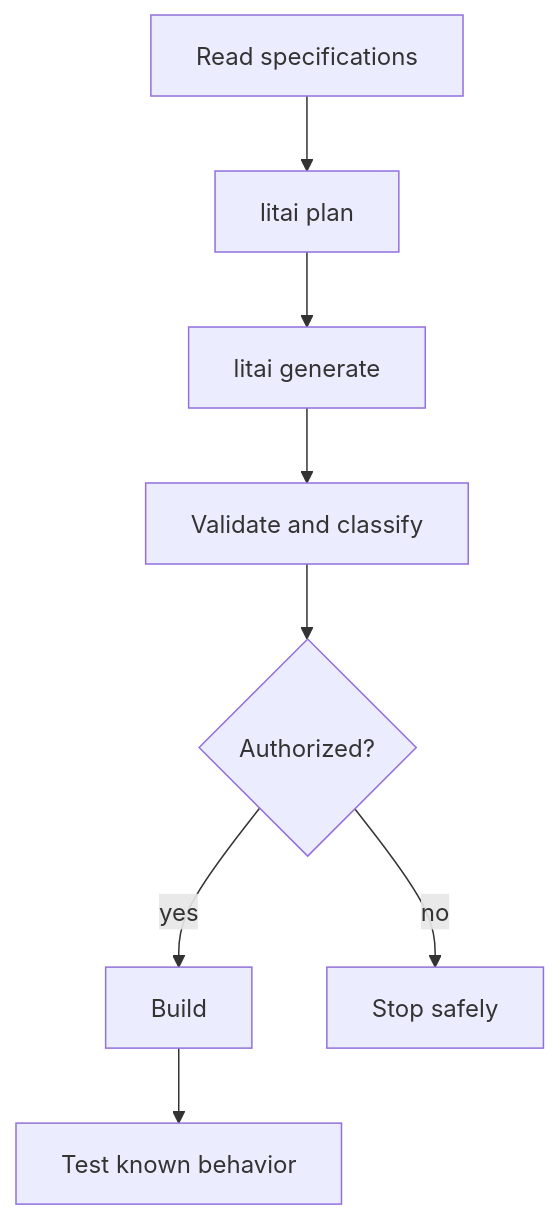
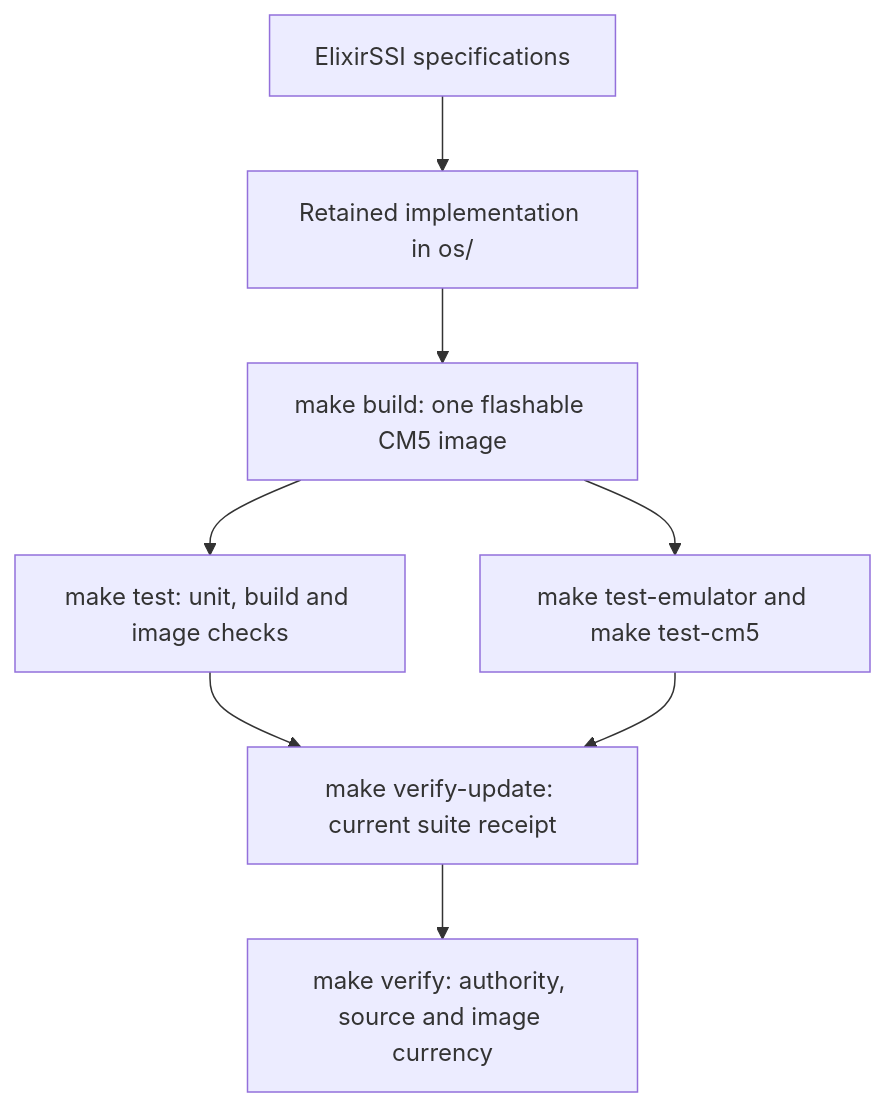
Before and after one commit to jordanhubbard/ElixirSSI: the diagram in docs/user/framework-flow.md, drawn with Mermaid. The commit also changed other lines of this file and 31 other files, not shown here.

Commit message:
Build and run the CM5 image through Docker with current verification

````diff
--- a/docs/user/framework-flow.md
+++ b/docs/user/framework-flow.md
@@ -11,10 +10,10 @@
 ```mermaid
 flowchart TD
-    Read[Read specifications] --> Plan[litai plan]
-    Plan --> Generate[litai generate]
-    Generate --> Validate[Validate and classify]
-    Validate --> Authorize{Authorized?}
-    Authorize -- yes --> Build[Build]
-    Build --> Test[Test known behavior]
-    Authorize -- no --> Stop[Stop safely]
+    Spec[ElixirSSI specifications] --> Source[Retained implementation in os/]
+    Source --> Build[make build: one flashable CM5 image]
+    Build --> Test[make test: unit, build and image checks]
+    Build --> Emulator[make test-emulator and make test-cm5]
+    Test --> Receipt[make verify-update: current suite receipt]
+    Emulator --> Receipt
+    Receipt --> Check[make verify: authority, source and image currency]
 ```
````
